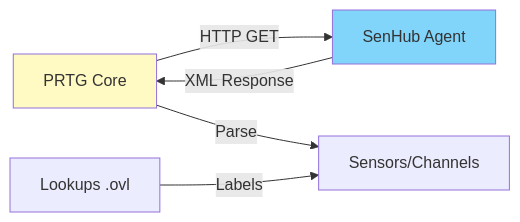
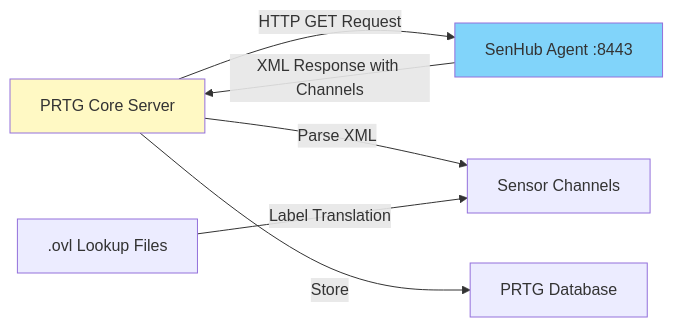
Before and after one commit to senhub-io/senhub-agent: the second of 7 diagrams in docs/user-guide/METRICS-USAGE.md, drawn with Mermaid. The commit also changed other lines of this file and 7 other files, not shown here.

````diff
--- a/docs/user-guide/METRICS-USAGE.md
+++ b/docs/user-guide/METRICS-USAGE.md
@@ -55,10 +119,11 @@
 ```mermaid
 graph LR
-    PRTG[PRTG Core] -->|HTTP GET| AGENT[SenHub Agent]
-    AGENT -->|XML Response| PRTG
-    PRTG -->|Parse| SENSORS[Sensors/Channels]
-    LOOKUPS[Lookups .ovl] -->|Labels| SENSORS
+    PRTG[PRTG Core Server] -->|HTTP GET Request| AGENT[SenHub Agent :8443]
+    AGENT -->|XML Response with Channels| PRTG
+    PRTG -->|Parse XML| CHANNELS[Sensor Channels]
+    PRTG -->|Store| DB[PRTG Database]
+    LOOKUPS[.ovl Lookup Files] -->|Label Translation| CHANNELS
 
     style PRTG fill:#fff9c4
     style AGENT fill:#81d4fa
 ```
````
